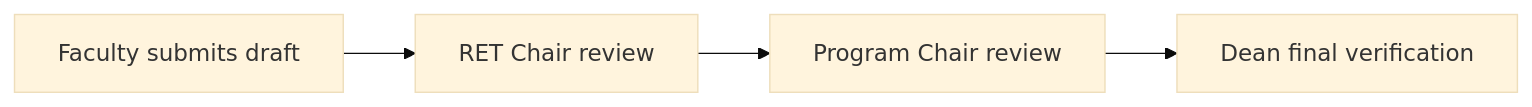
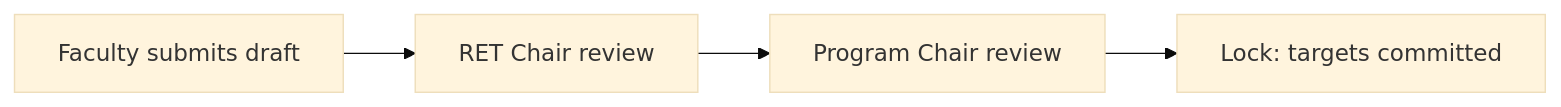
One commit to dipcr/Management-PCR changed the diagram in wiki/pages/ret-chair/05-commitments.md. Above: the diagram before and after it, drawn with Mermaid (base theme). The commit also changed other lines of this file and 11 other files, not shown here.

First line of the commit message:
Docs: clarify Dean approval flow and evidence verification responsibilities

````diff
--- a/wiki/pages/ret-chair/05-commitments.md
+++ b/wiki/pages/ret-chair/05-commitments.md
@@ -18,6 +18,6 @@
 ```mermaid
 flowchart LR
     F[Faculty submits draft] --> R[RET Chair review]
     R --> C[Program Chair review]
-    C --> D[Dean final verification]
+    C --> L[Lock: targets committed]
 ```
````
